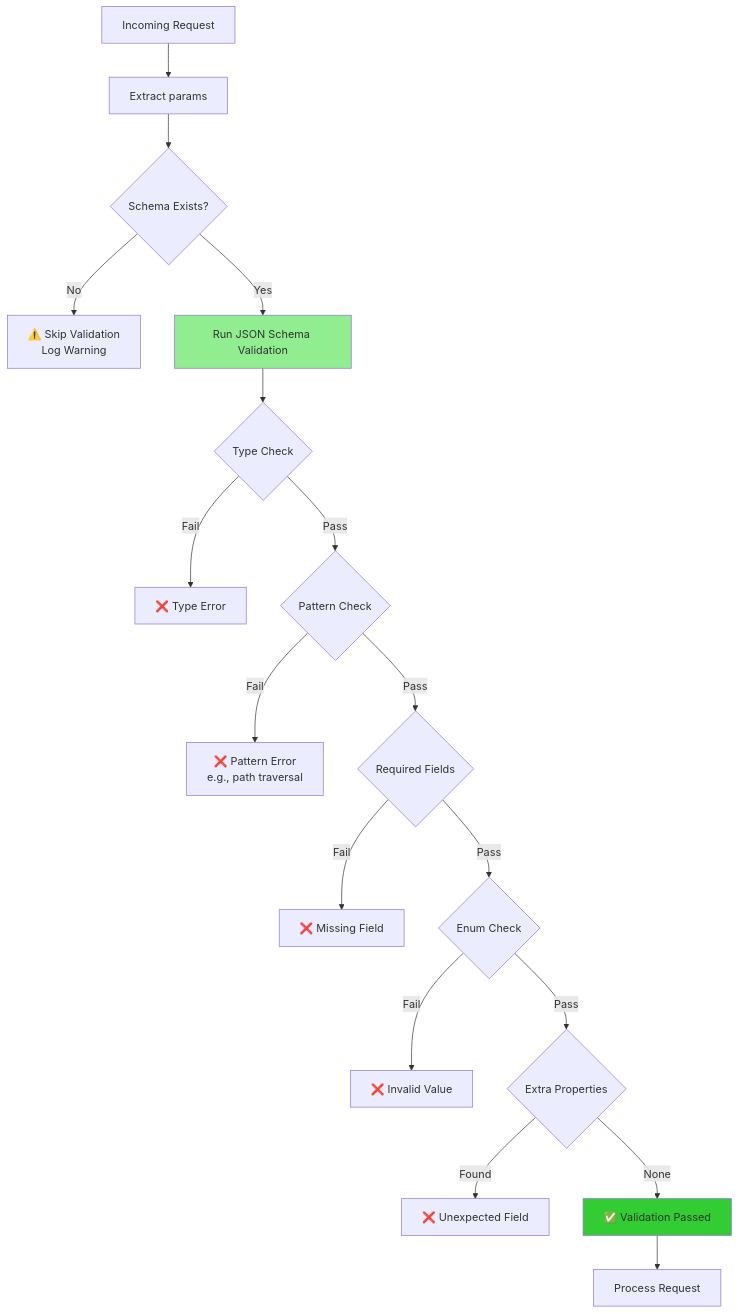
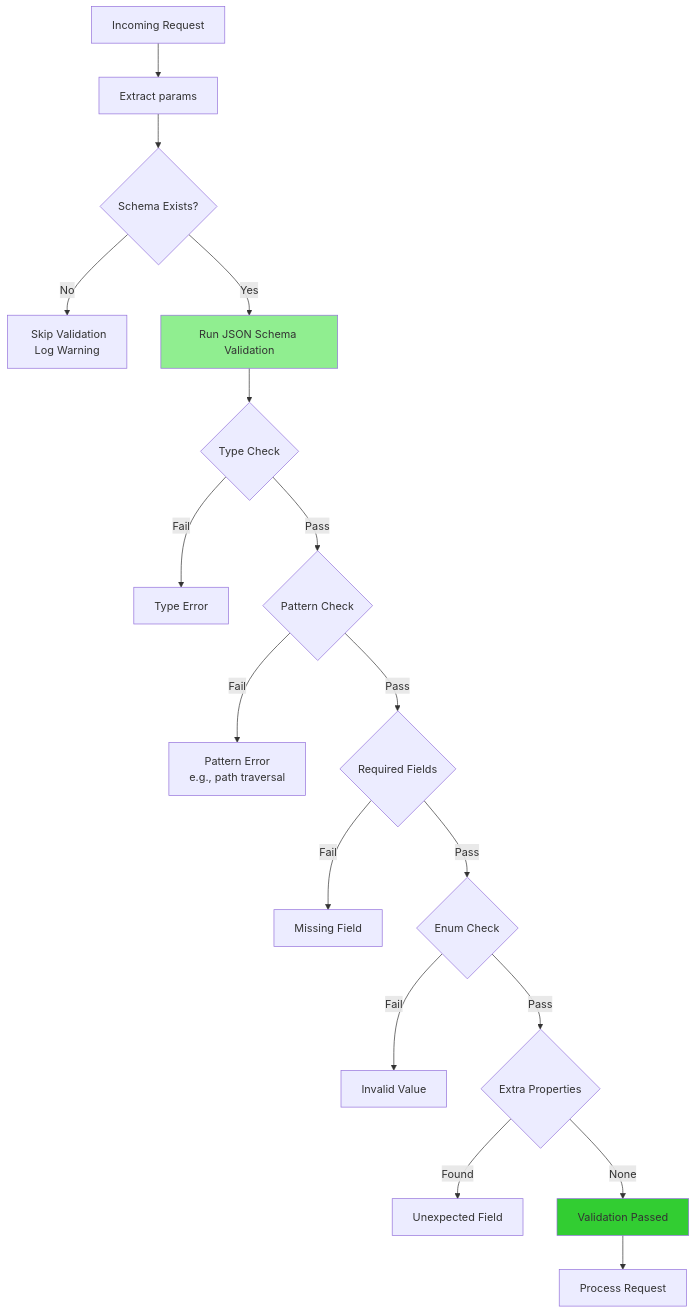
Before and after one commit to jaafar-benabderrazak/ca_a2a: the eighth of 9 diagrams in DEMO_2H_COMPREHENSIVE.md, drawn with Mermaid. The commit also changed other lines of this file and 19 other files, not shown here.

````diff
--- a/DEMO_2H_COMPREHENSIVE.md
+++ b/DEMO_2H_COMPREHENSIVE.md
@@ -1072,29 +1072,29 @@
 ```mermaid
 graph TB
-    Request[Incoming Request] --> Extract[Extract params]
-    Extract --> Schema{Schema Exists?}
-    
-    Schema -->|No| Skip[⚠️ Skip Validation<br/>Log Warning]
-    Schema -->|Yes| Validate[Run JSON Schema Validation]
-    
-    Validate --> Type{Type Check}
-    Type -->|Fail| Reject1[❌ Type Error]
-    Type -->|Pass| Pattern{Pattern Check}
-    
-    Pattern -->|Fail| Reject2[❌ Pattern Error<br/>e.g., path traversal]
-    Pattern -->|Pass| Required{Required Fields}
-    
-    Required -->|Fail| Reject3[❌ Missing Field]
-    Required -->|Pass| Enum{Enum Check}
-    
-    Enum -->|Fail| Reject4[❌ Invalid Value]
-    Enum -->|Pass| Extra{Extra Properties}
-    
-    Extra -->|Found| Reject5[❌ Unexpected Field]
-    Extra -->|None| Accept[✅ Validation Passed]
-    
-    Accept --> Handler[Process Request]
-    
-    style Validate fill:#90EE90
-    style Accept fill:#32CD32
+ Request[Incoming Request] --> Extract[Extract params]
+ Extract --> Schema{Schema Exists?}
+ 
+ Schema -->|No| Skip[️ Skip Validation<br/>Log Warning]
+ Schema -->|Yes| Validate[Run JSON Schema Validation]
+ 
+ Validate --> Type{Type Check}
+ Type -->|Fail| Reject1[ Type Error]
+ Type -->|Pass| Pattern{Pattern Check}
+ 
+ Pattern -->|Fail| Reject2[ Pattern Error<br/>e.g., path traversal]
+ Pattern -->|Pass| Required{Required Fields}
+ 
+ Required -->|Fail| Reject3[ Missing Field]
+ Required -->|Pass| Enum{Enum Check}
+ 
+ Enum -->|Fail| Reject4[ Invalid Value]
+ Enum -->|Pass| Extra{Extra Properties}
+ 
+ Extra -->|Found| Reject5[ Unexpected Field]
+ Extra -->|None| Accept[ Validation Passed]
+ 
+ Accept --> Handler[Process Request]
+ 
+ style Validate fill:#90EE90
+ style Accept fill:#32CD32
 ```
````
